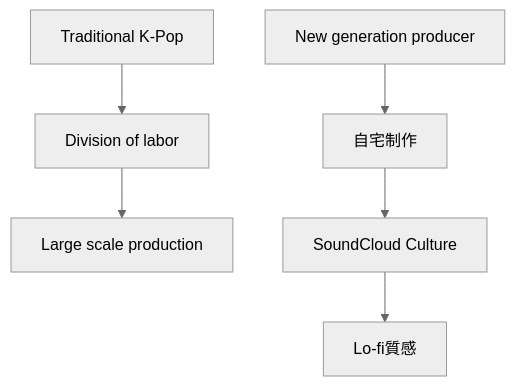
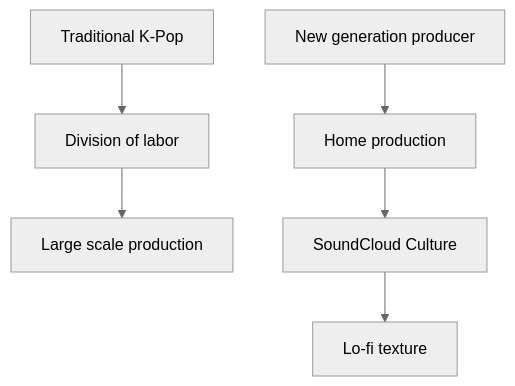
Before and after one commit to monumental-movement/monumental-movement.github.io: the fifth of 17 diagrams in en/_posts/2026-05-24-column-k-pop-indie-electronica.md, drawn with Mermaid (neutral theme). The commit also changed other lines of this file and 851 other files, not shown here.

```diff
--- a/en/_posts/2026-05-24-column-k-pop-indie-electronica.md
+++ b/en/_posts/2026-05-24-column-k-pop-indie-electronica.md
@@ -183,9 +183,9 @@
 <div class="mermaid">
 graph TD
 A["Traditional K-Pop"] --> B["Division of labor"]
 B --> C["Large scale production"]
 
-D["New generation producer"] --> E["自宅制作"]
+D["New generation producer"] --> E["Home production"]
 E --> F["SoundCloud Culture"]
-F --> G["Lo-fi質感"]
+F --> G["Lo-fi texture"]
 </div>
```
